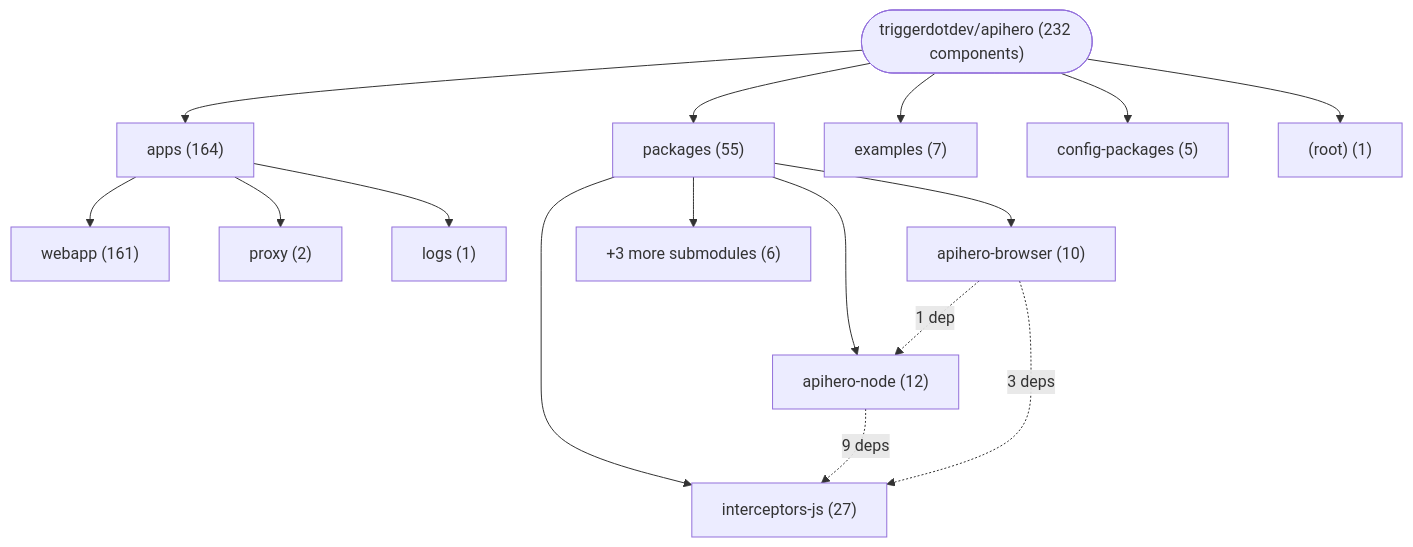
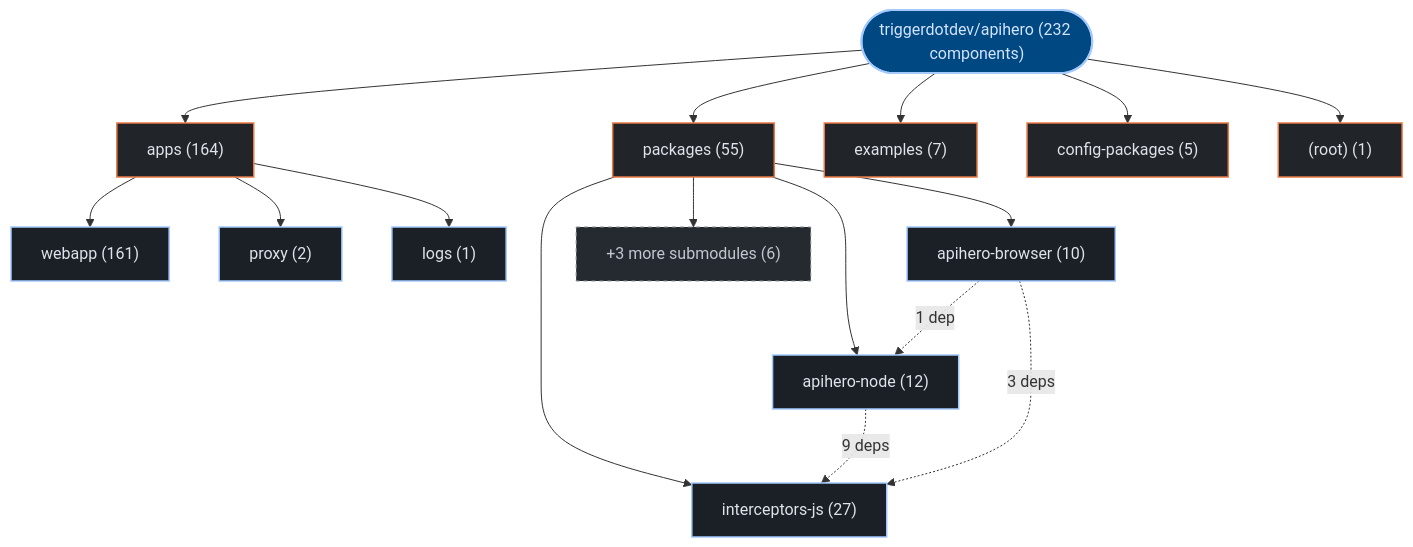
One commit to kumarshaz/atruss-code-atlas changed the first of 3 diagrams in exports/latest/reports/triggerdotdev-apihero-report.md. Above: the diagram before and after it, drawn with Mermaid. The commit also changed other lines of this file and 331 other files, not shown here.

Commit message:
docs,ui,fix: update SDLC docs, reorder CI/CD DAG first, stylize Mermaid, and fix Arc42 pipeline topology

````diff
--- a/exports/latest/reports/triggerdotdev-apihero-report.md
+++ b/exports/latest/reports/triggerdotdev-apihero-report.md
@@ -42,31 +42,38 @@
 ```mermaid
 graph TD;
-    repo_root(["triggerdotdev/apihero (232 components)"])
-    dir_0_apps["apps (164)"]
+  classDef atlasRoot fill:#004882,stroke:#a3c9ff,stroke-width:2px,color:#d3e4ff
+  classDef atlasCategory fill:#212428,stroke:#E87A48,stroke-width:1.5px,color:#dfe3eb
+  classDef atlasWorkflow fill:#1b2026,stroke:#a3c9ff,stroke-width:1.5px,color:#dfe3eb
+  classDef atlasJob fill:#171c22,stroke:#8d9199,stroke-width:1px,color:#dfe3eb
+  classDef atlasTarget fill:#005227,stroke:#8bd99b,stroke-width:1.5px,color:#a7f6b6
+  classDef atlasAlert fill:#93000a,stroke:#ffb4ab,stroke-width:1.5px,color:#ffdad6
+  classDef atlasMore fill:#252a31,stroke:#8d9199,stroke-dasharray:4 4,color:#c3c6cf
+    repo_root(["triggerdotdev/apihero (232 components)"]):::atlasRoot
+    dir_0_apps["apps (164)"]:::atlasCategory
     repo_root --> dir_0_apps
-    sub_0_0_webapp["webapp (161)"]
+    sub_0_0_webapp["webapp (161)"]:::atlasWorkflow
     dir_0_apps --> sub_0_0_webapp
-    sub_0_1_proxy["proxy (2)"]
+    sub_0_1_proxy["proxy (2)"]:::atlasWorkflow
     dir_0_apps --> sub_0_1_proxy
-    sub_0_2_logs["logs (1)"]
+    sub_0_2_logs["logs (1)"]:::atlasWorkflow
     dir_0_apps --> sub_0_2_logs
-    dir_1_packages["packages (55)"]
+    dir_1_packages["packages (55)"]:::atlasCategory
     repo_root --> dir_1_packages
-    sub_1_0_interceptors_js["interceptors-js (27)"]
+    sub_1_0_interceptors_js["interceptors-js (27)"]:::atlasWorkflow
     dir_1_packages --> sub_1_0_interceptors_js
-    sub_1_1_apihero_node["apihero-node (12)"]
+    sub_1_1_apihero_node["apihero-node (12)"]:::atlasWorkflow
     dir_1_packages --> sub_1_1_apihero_node
-    sub_1_2_apihero_browser["apihero-browser (10)"]
+    sub_1_2_apihero_browser["apihero-browser (10)"]:::atlasWorkflow
     dir_1_packages --> sub_1_2_apihero_browser
-    sub_1_more["+3 more submodules (6)"]
+    sub_1_more["+3 more submodules (6)"]:::atlasMore
     dir_1_packages --> sub_1_more
-    dir_2_examples["examples (7)"]
+    dir_2_examples["examples (7)"]:::atlasCategory
     repo_root --> dir_2_examples
-    dir_3_config_packages["config-packages (5)"]
+    dir_3_config_packages["config-packages (5)"]:::atlasCategory
     repo_root --> dir_3_config_packages
-    dir_4__root_["(root) (1)"]
+    dir_4__root_["(root) (1)"]:::atlasCategory
     repo_root --> dir_4__root_
     sub_1_1_apihero_node -.->|"9 deps"| sub_1_0_interceptors_js
     sub_1_2_apihero_browser -.->|"3 deps"| sub_1_0_interceptors_js
     sub_1_2_apihero_browser -.->|"1 dep"| sub_1_1_apihero_node
 ```
````
